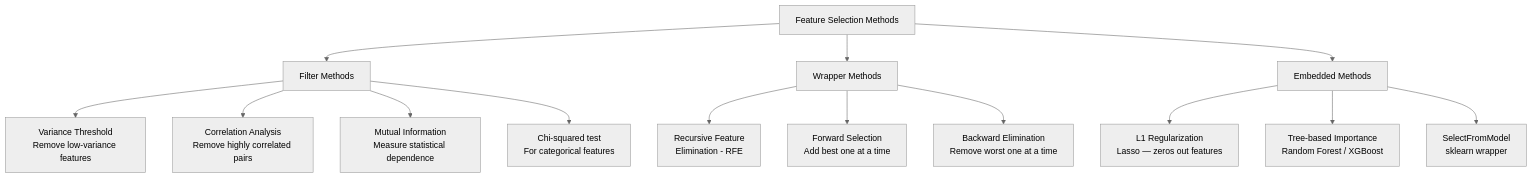
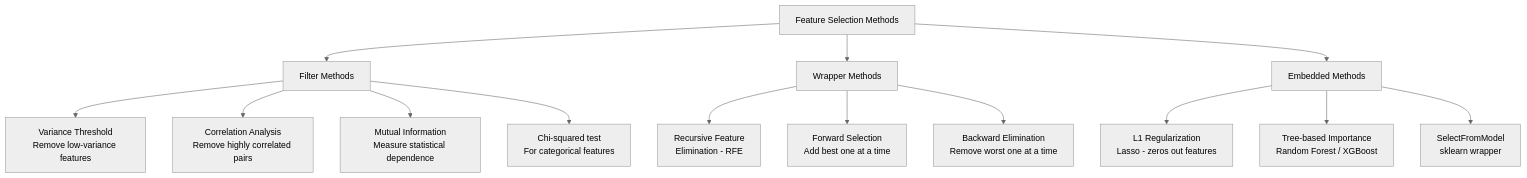
The fourth of 4 diagrams in Machine-Learning/ml-deep-dive-part-7.md (Sachinchaurasiya360/Article), drawn with Mermaid (neutral theme) before and after one commit. The commit also changed other lines of this file and 81 other files, not shown here.

````diff
--- a/Machine-Learning/ml-deep-dive-part-7.md
+++ b/Machine-Learning/ml-deep-dive-part-7.md
@@ -1486,19 +1486,19 @@
 ```mermaid
 graph TD
     A[Feature Selection Methods] --> B[Filter Methods]
     A --> C[Wrapper Methods]
     A --> D[Embedded Methods]
 
     B --> B1[Variance Threshold\nRemove low-variance features]
     B --> B2[Correlation Analysis\nRemove highly correlated pairs]
     B --> B3[Mutual Information\nMeasure statistical dependence]
     B --> B4[Chi-squared test\nFor categorical features]
 
     C --> C1[Recursive Feature\nElimination - RFE]
     C --> C2[Forward Selection\nAdd best one at a time]
     C --> C3[Backward Elimination\nRemove worst one at a time]
 
-    D --> D1[L1 Regularization\nLasso — zeros out features]
+    D --> D1[L1 Regularization\nLasso - zeros out features]
     D --> D2[Tree-based Importance\nRandom Forest / XGBoost]
     D --> D3[SelectFromModel\nsklearn wrapper]
 ```
````
